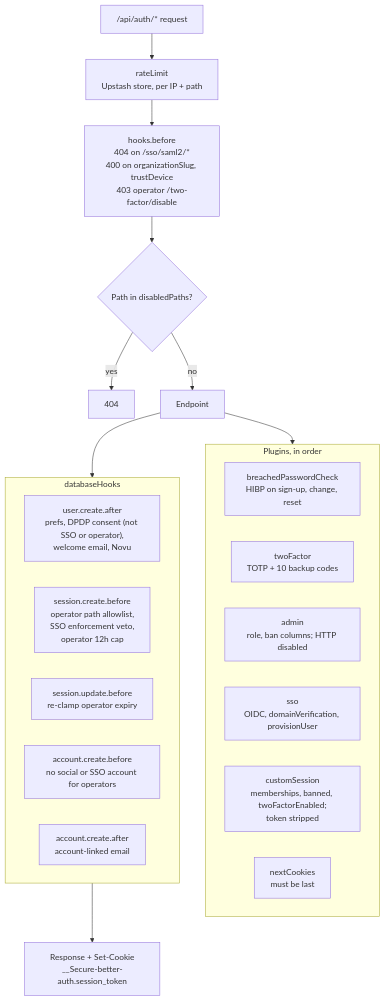
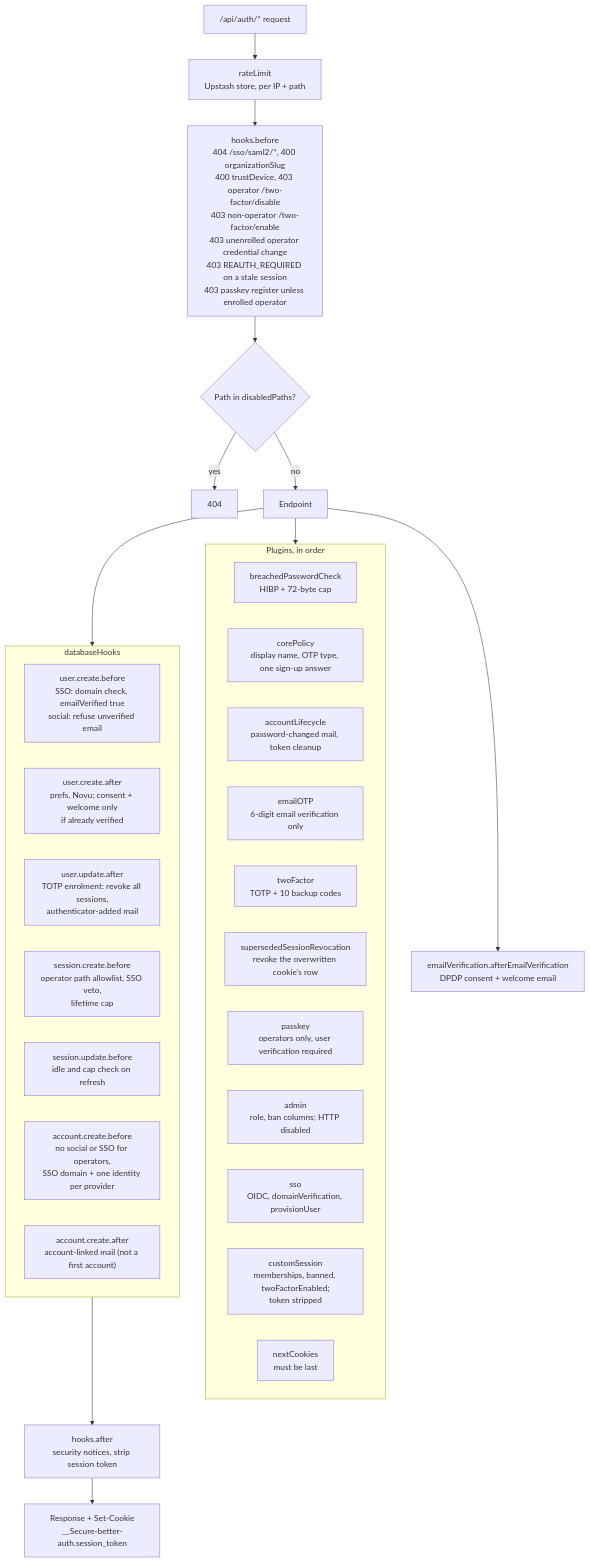
One commit to Practitionist/familiarise_web changed the first of 12 diagrams in docs/authentication/architecture.md. Above: the diagram before and after it, drawn with Mermaid. The commit also changed other lines of this file and 533 other files, not shown here.

First line of the commit message:
fix(auth): auth, 2FA, SSO, sessions and onboarding mega-fix (#2070)

````diff
--- a/docs/authentication/architecture.md
+++ b/docs/authentication/architecture.md
@@ -27,30 +31,39 @@
 ```mermaid
 flowchart TD
   REQ["/api/auth/* request"] --> RL["rateLimit<br/>Upstash store, per IP + path"]
-  RL --> HB["hooks.before<br/>404 on /sso/saml2/*<br/>400 on organizationSlug, trustDevice<br/>403 operator /two-factor/disable"]
+  RL --> HB["hooks.before<br/>404 /sso/saml2/*, 400 organizationSlug<br/>400 trustDevice, 403 operator /two-factor/disable<br/>403 non-operator /two-factor/enable<br/>403 unenrolled operator credential change<br/>403 REAUTH_REQUIRED on a stale session<br/>403 passkey register unless enrolled operator"]
   HB --> DP{"Path in disabledPaths?"}
   DP -- yes --> X404["404"]
   DP -- no --> EP["Endpoint"]
 
   subgraph Plugins["Plugins, in order"]
-    P1["breachedPasswordCheck<br/>HIBP on sign-up, change, reset"]
-    P2["twoFactor<br/>TOTP + 10 backup codes"]
-    P3["admin<br/>role, ban columns; HTTP disabled"]
-    P4["sso<br/>OIDC, domainVerification, provisionUser"]
-    P5["customSession<br/>memberships, banned, twoFactorEnabled;<br/>token stripped"]
-    P6["nextCookies<br/>must be last"]
+    P1["breachedPasswordCheck<br/>HIBP + 72-byte cap"]
+    P2["corePolicy<br/>display name, OTP type, one sign-up answer"]
+    P3["accountLifecycle<br/>password-changed mail, token cleanup"]
+    P4["emailOTP<br/>6-digit email verification only"]
+    P5["twoFactor<br/>TOTP + 10 backup codes"]
+    P6["supersededSessionRevocation<br/>revoke the overwritten cookie's row"]
+    P7["passkey<br/>operators only, user verification required"]
+    P8["admin<br/>role, ban columns; HTTP disabled"]
+    P9["sso<br/>OIDC, domainVerification, provisionUser"]
+    P10["customSession<br/>memberships, banned, twoFactorEnabled;<br/>token stripped"]
+    P11["nextCookies<br/>must be last"]
   end
 
   EP --> Plugins
   EP --> DBH
 
   subgraph DBH["databaseHooks"]
-    H1["user.create.after<br/>prefs, DPDP consent (not SSO or operator),<br/>welcome email, Novu"]
-    H2["session.create.before<br/>operator path allowlist,<br/>SSO enforcement veto,<br/>operator 12h cap"]
-    H3["session.update.before<br/>re-clamp operator expiry"]
-    H4["account.create.before<br/>no social or SSO account for operators"]
-    H5["account.create.after<br/>account-linked email"]
+    H0["user.create.before<br/>SSO: domain check, emailVerified true<br/>social: refuse unverified email"]
+    H1["user.create.after<br/>prefs, Novu; consent + welcome only<br/>if already verified"]
+    H1a["user.update.after<br/>TOTP enrolment: revoke all sessions,<br/>authenticator-added mail"]
+    H2["session.create.before<br/>operator path allowlist, SSO veto,<br/>lifetime cap"]
+    H3["session.update.before<br/>idle and cap check on refresh"]
+    H4["account.create.before<br/>no social or SSO for operators,<br/>SSO domain + one identity per provider"]
+    H5["account.create.after<br/>account-linked mail (not a first account)"]
   end
 
-  DBH --> RESP["Response + Set-Cookie<br/>__Secure-better-auth.session_token"]
+  EP --> EV["emailVerification.afterEmailVerification<br/>DPDP consent + welcome email"]
+  DBH --> HA["hooks.after<br/>security notices, strip session token"]
+  HA --> RESP["Response + Set-Cookie<br/>__Secure-better-auth.session_token"]
 ```
````
